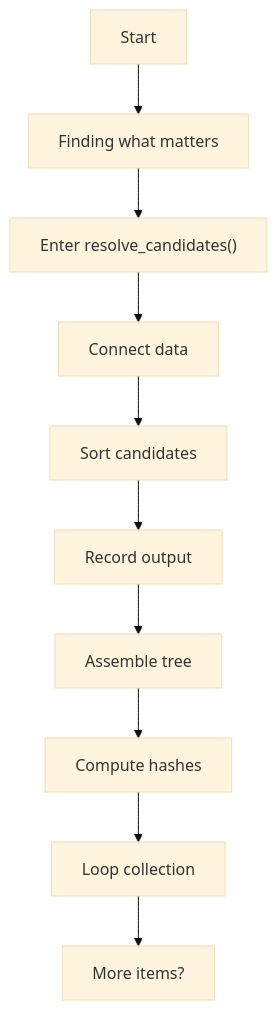
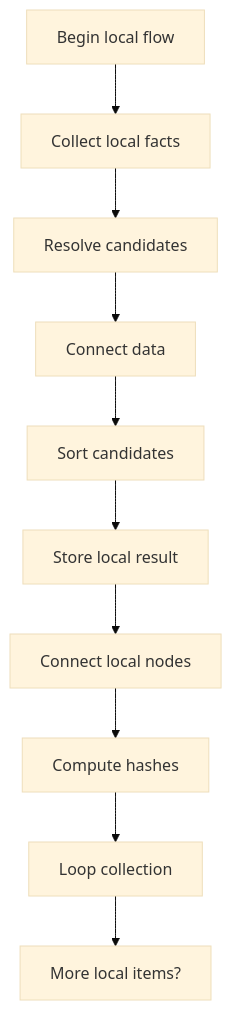
The first of 4 diagrams in docs/Codebase/Microservice/Modules/Source/HashingMechanism/HashLinks/Resolve/core.cpp.md (JohnAndrewBalbarosa/NeoTerritory), drawn with Mermaid (base theme) before and after one commit. The commit also changed other lines of this file and 925 other files, not shown here.

````diff
--- a/docs/Codebase/Microservice/Modules/Source/HashingMechanism/HashLinks/Resolve/core.cpp.md
+++ b/docs/Codebase/Microservice/Modules/Source/HashingMechanism/HashLinks/Resolve/core.cpp.md
@@ -30,22 +29,22 @@
 ```mermaid
 flowchart TD
-    N0["Start"]
-    N1["Finding what matters"]
-    N2["Enter resolve_candidates()"]
+    N0["Begin local flow"]
+    N1["Collect local facts"]
+    N2["Resolve candidates"]
     N3["Connect data"]
     N4["Sort candidates"]
-    N5["Record output"]
-    N6["Assemble tree"]
+    N5["Store local result"]
+    N6["Connect local nodes"]
     N7["Compute hashes"]
     N8["Loop collection"]
-    N9["More items?"]
+    N9["More local items?"]
     N0 --> N1
     N1 --> N2
     N2 --> N3
     N3 --> N4
     N4 --> N5
     N5 --> N6
     N6 --> N7
     N7 --> N8
     N8 --> N9
 ```
````
